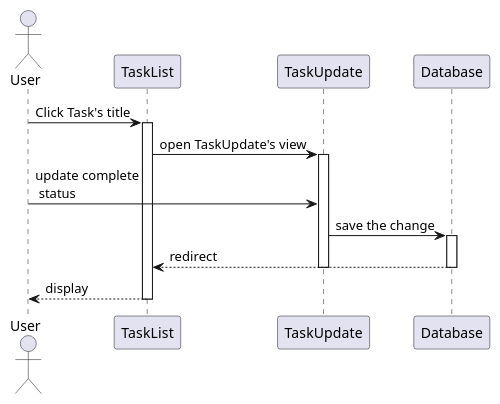
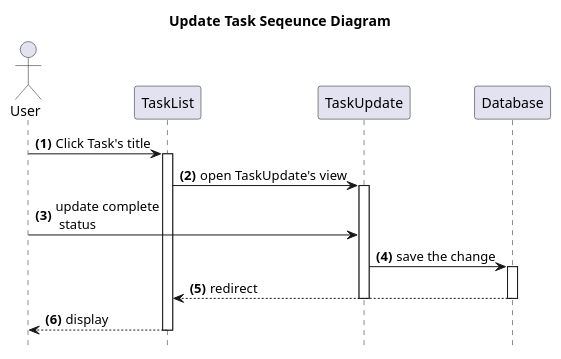
The diagram in documents/diagrams/src/web-client/taskupdatestatus.wsd (Kritsanawipankhet/CE64-41), drawn with PlantUML before and after one commit. The commit also changed 11 other files, not shown here.

Commit message:
hide footbox

```diff
--- a/documents/diagrams/src/web-client/taskupdatestatus.wsd
+++ b/documents/diagrams/src/web-client/taskupdatestatus.wsd
@@ -1,15 +1,18 @@
 @startuml
+title **Update Task** Seqeunce Diagram
+hide footbox
 Actor User
+autonumber "<b>(0)"
 User -> TaskList : Click Task's title
 activate TaskList
 TaskList -> TaskUpdate : open TaskUpdate's view
 activate TaskUpdate
 User -> TaskUpdate : update complete\n status
 TaskUpdate -> Database : save the change
 activate Database
 Database --> TaskList : redirect
 deactivate Database
 deactivate TaskUpdate
 TaskList --> User : display
 deactivate TaskList
 @enduml
```
